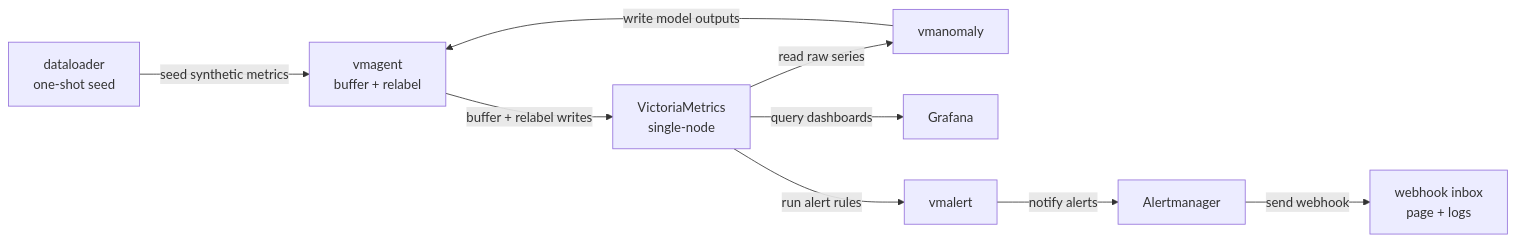
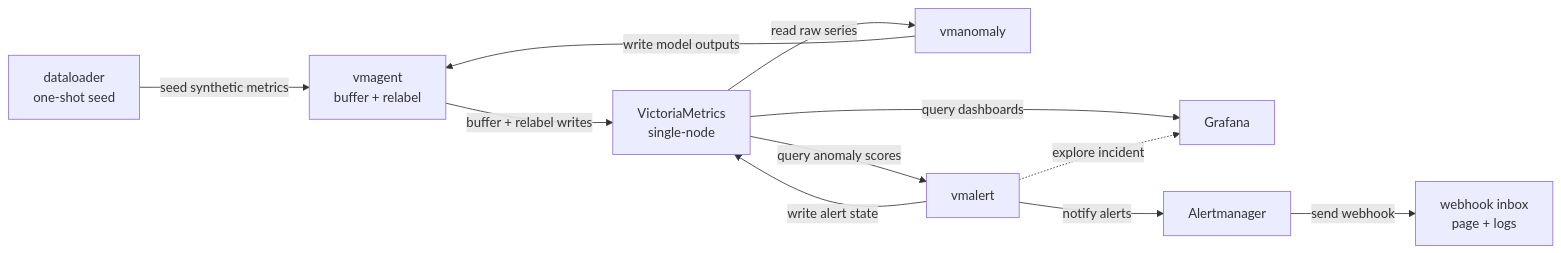
The diagram in anomaly-detection/local/README.md (jgomezselles/cnd-workshop-2026), drawn with Mermaid before and after one commit. The commit also changed other lines of this file and 9 other files, not shown here.

````diff
--- a/anomaly-detection/local/README.md
+++ b/anomaly-detection/local/README.md
@@ -9,11 +9,13 @@
 ```mermaid
 flowchart LR
   loader["dataloader<br/>one-shot seed"] -->|"seed synthetic metrics"| agent["vmagent<br/>buffer + relabel"]
   anomaly["vmanomaly"] -->|"write model outputs"| agent
   agent -->|"buffer + relabel writes"| vm["VictoriaMetrics<br/>single-node"]
   vm -->|"read raw series"| anomaly
   vm -->|"query dashboards"| grafana["Grafana"]
-  vm -->|"run alert rules"| vmalert["vmalert"]
+  vm -->|"query anomaly scores"| vmalert["vmalert"]
+  vmalert -->|"write alert state"| vm
   vmalert -->|"notify alerts"| alertmanager["Alertmanager"]
+  vmalert -.->|"explore incident"| grafana
   alertmanager -->|"send webhook"| webhook["webhook inbox<br/>page + logs"]
 ```
````
